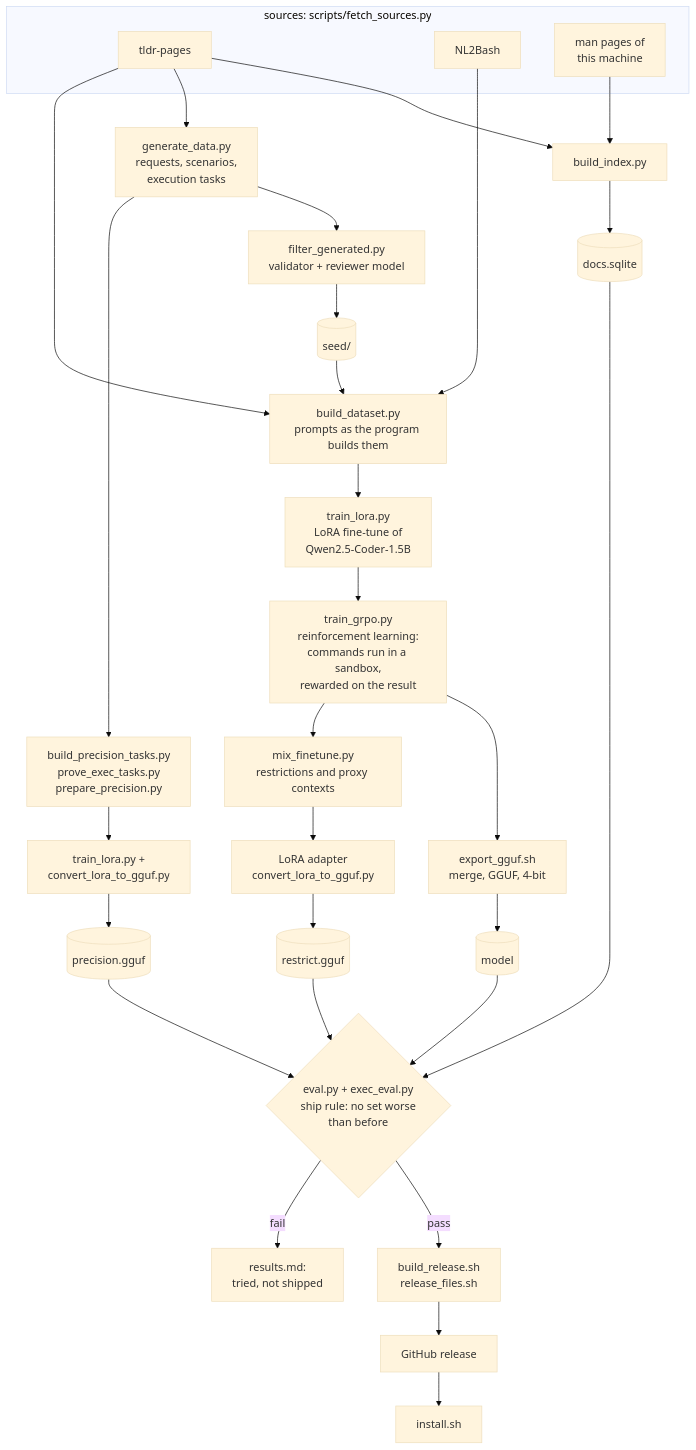
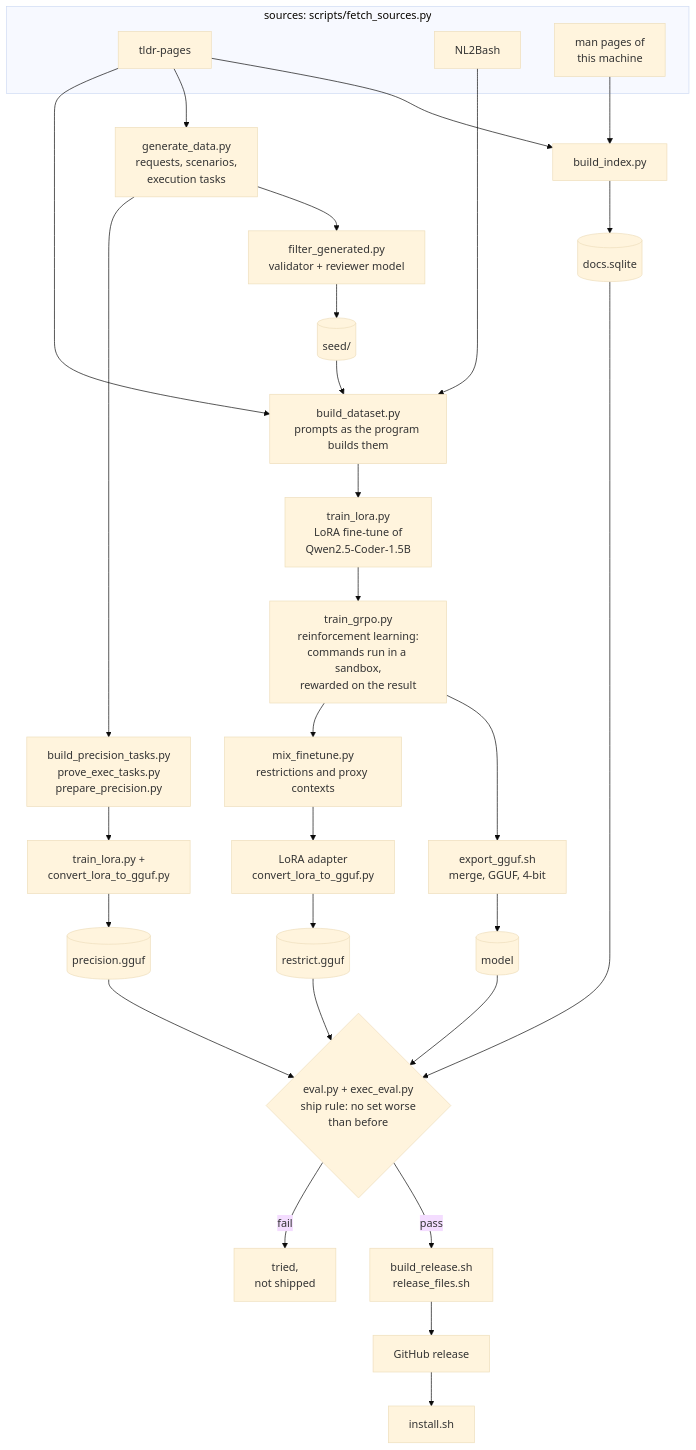
Before and after one commit to arxhr007/lxask: the fifth of 5 diagrams in docs/architecture.md, drawn with Mermaid (base theme). The commit also changed other lines of this file and 6 other files, not shown here.

````diff
--- a/docs/architecture.md
+++ b/docs/architecture.md
@@ -156,23 +156,23 @@
 ```mermaid
 flowchart TD
     subgraph sources ["sources: scripts/fetch_sources.py"]
         tldr["tldr-pages"]
         nl2bash["NL2Bash"]
         man["man pages of<br/>this machine"]
     end
     tldr & man --> buildindex["build_index.py"] --> docs[("docs.sqlite")]
     tldr --> gen["generate_data.py<br/>requests, scenarios,<br/>execution tasks"]
     gen --> filter["filter_generated.py<br/>validator + reviewer model"]
     filter --> seed[("seed/")]
     seed & tldr & nl2bash --> dataset["build_dataset.py<br/>prompts as the program builds them"]
     dataset --> sft["train_lora.py<br/>LoRA fine-tune of<br/>Qwen2.5-Coder-1.5B"]
     sft --> rl["train_grpo.py<br/>reinforcement learning:<br/>commands run in a sandbox,<br/>rewarded on the result"]
     rl --> export["export_gguf.sh<br/>merge, GGUF, 4-bit"] --> modelgguf[("model")]
     rl --> mix["mix_finetune.py<br/>restrictions and proxy contexts"]
     mix --> adapter["LoRA adapter<br/>convert_lora_to_gguf.py"] --> restrict[("restrict.gguf")]
     gen --> prec["build_precision_tasks.py<br/>prove_exec_tasks.py<br/>prepare_precision.py"]
     prec --> precadapter["train_lora.py +<br/>convert_lora_to_gguf.py"] --> precision[("precision.gguf")]
     modelgguf & restrict & precision & docs --> evals{"eval.py + exec_eval.py<br/>ship rule: no set worse<br/>than before"}
     evals -- pass --> release["build_release.sh<br/>release_files.sh"] --> gh["GitHub release"] --> install["install.sh"]
-    evals -- fail --> results["results.md:<br/>tried, not shipped"]
+    evals -- fail --> results["tried,<br/>not shipped"]
 ```
````
